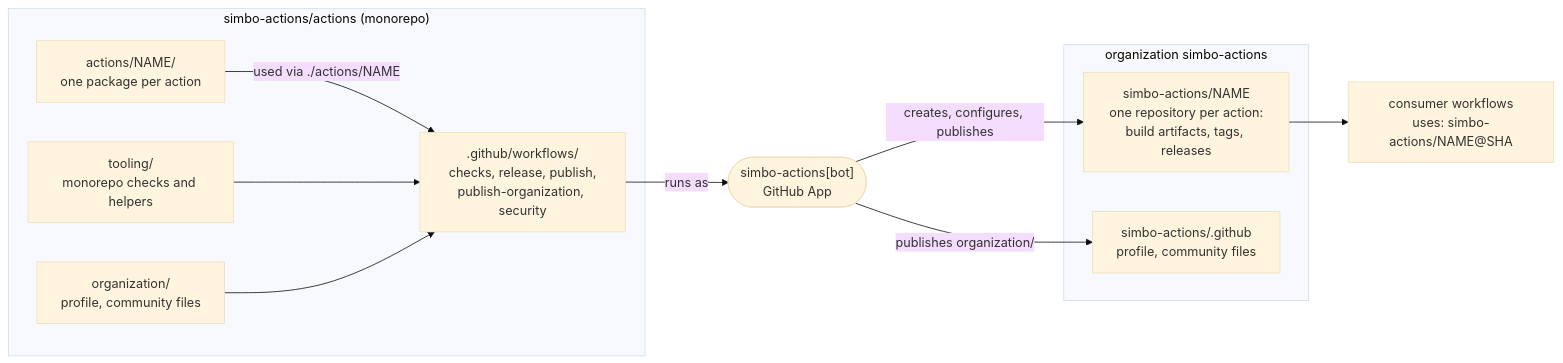
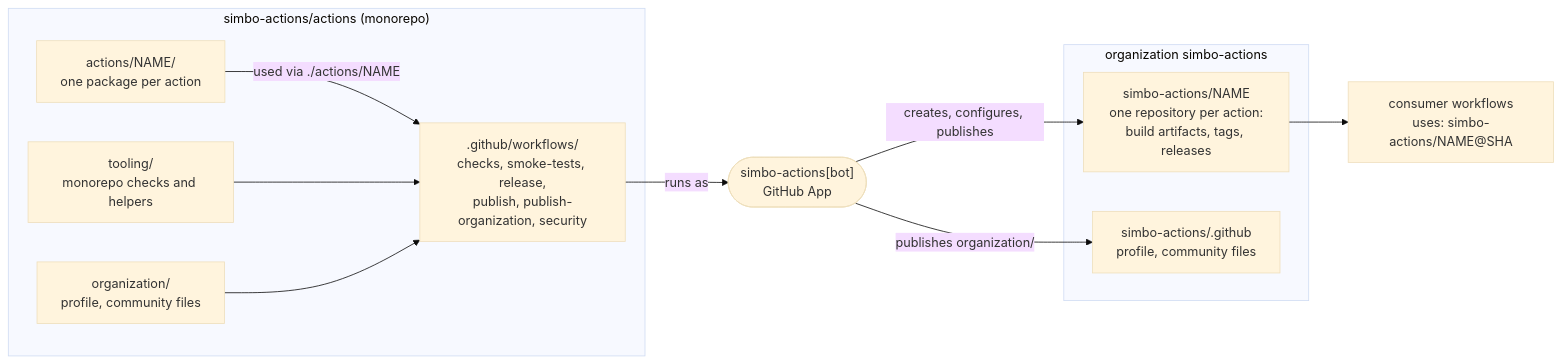
Before and after one commit to simbo-actions/actions: the first of 7 diagrams in ARCHITECTURE.md, drawn with Mermaid (base theme). The commit also changed other lines of this file and 4 other files, not shown here.

First line of the commit message:
ci(repo): run the smoke tests in their own workflow, called by checks

````diff
--- a/ARCHITECTURE.md
+++ b/ARCHITECTURE.md
@@ -63,26 +63,26 @@
 ```mermaid
 flowchart LR
   subgraph monorepo["simbo-actions/actions (monorepo)"]
     actions["actions/NAME/<br/>one package per action"]
     tooling["tooling/<br/>monorepo checks and helpers"]
-    workflows[".github/workflows/<br/>checks, release, publish,<br/>publish-organization, security"]
+    workflows[".github/workflows/<br/>checks, smoke-tests, release,<br/>publish, publish-organization, security"]
     organization["organization/<br/>profile, community files"]
   end
 
   bot(["simbo-actions[bot]<br/>GitHub App"])
 
   subgraph org["organization simbo-actions"]
     repos["simbo-actions/NAME<br/>one repository per action:<br/>build artifacts, tags, releases"]
     profile["simbo-actions/.github<br/>profile, community files"]
   end
 
   consumer["consumer workflows<br/>uses: simbo-actions/NAME@SHA"]
 
   actions -- "used via ./actions/NAME" --> workflows
   tooling --> workflows
   organization --> workflows
   workflows -- "runs as" --> bot
   bot -- "creates, configures, publishes" --> repos
   bot -- "publishes organization/" --> profile
   repos --> consumer
 ```
````
